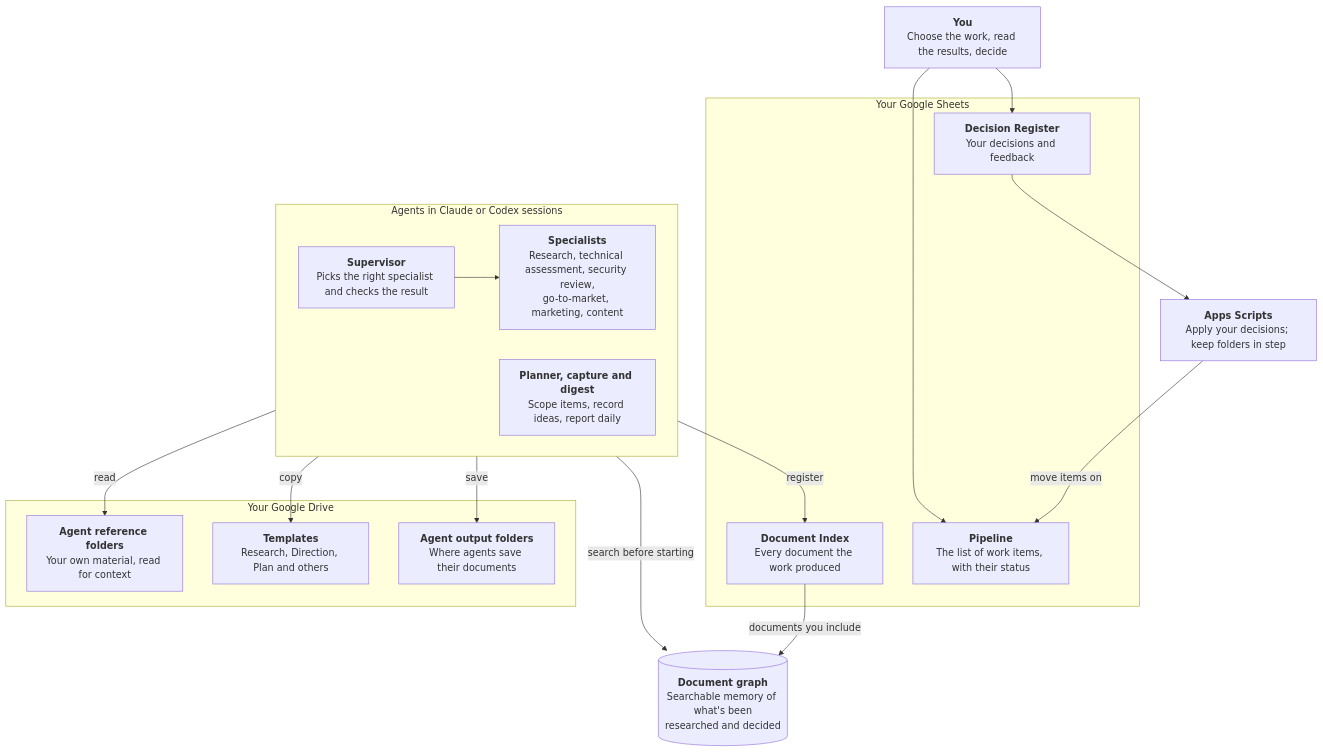
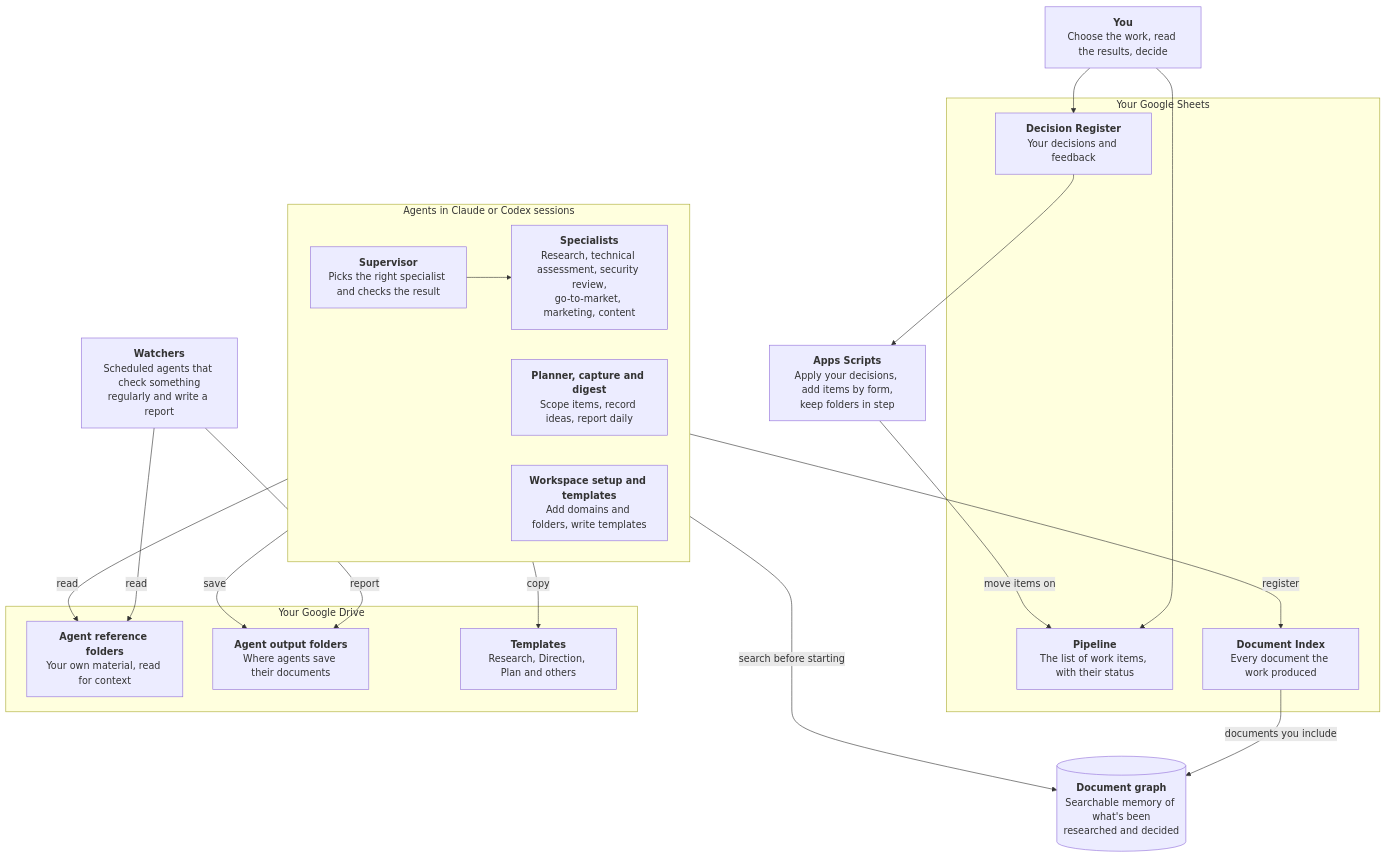
Before and after one commit to Welladino/Horology: the first of 2 diagrams in docs/runbook/setup/how-horology-works.md, drawn with Mermaid. The commit also changed other lines of this file and 7 other files, not shown here.

First line of the commit message:
Watchers: horology-watcher-setup skill and setup runbook updates

````diff
--- a/docs/runbook/setup/how-horology-works.md
+++ b/docs/runbook/setup/how-horology-works.md
@@ -7,32 +7,36 @@
 ```mermaid
 flowchart TB
   you["<b>You</b><br/>Choose the work, read the results, decide"]
   subgraph sheets["Your Google Sheets"]
     pipeline["<b>Pipeline</b><br/>The list of work items, with their status"]
     decisions["<b>Decision Register</b><br/>Your decisions and feedback"]
     index["<b>Document Index</b><br/>Every document the work produced"]
   end
   subgraph drive["Your Google Drive"]
     reference["<b>Agent reference folders</b><br/>Your own material, read for context"]
     output["<b>Agent output folders</b><br/>Where agents save their documents"]
     templates["<b>Templates</b><br/>Research, Direction, Plan and others"]
   end
   subgraph agents["Agents in Claude or Codex sessions"]
     supervisor["<b>Supervisor</b><br/>Picks the right specialist and checks the result"]
     specialists["<b>Specialists</b><br/>Research, technical assessment, security review,<br/>go-to-market, marketing, content"]
     helpers["<b>Planner, capture and digest</b><br/>Scope items, record ideas, report daily"]
+    setup["<b>Workspace setup and templates</b><br/>Add domains and folders, write templates"]
   end
+  watchers["<b>Watchers</b><br/>Scheduled agents that check something<br/>regularly and write a report"]
   dg[("<b>Document graph</b><br/>Searchable memory of what's been<br/>researched and decided")]
-  scripts["<b>Apps Scripts</b><br/>Apply your decisions; keep folders in step"]
+  scripts["<b>Apps Scripts</b><br/>Apply your decisions, add items by form,<br/>keep folders in step"]
   you --> pipeline
   you --> decisions
   supervisor --> specialists
   agents -- "read" --> reference
   agents -- "copy" --> templates
   agents -- "save" --> output
   agents -- "register" --> index
   agents -- "search before starting" --> dg
   index -- "documents you include" --> dg
+  watchers -- "read" --> reference
+  watchers -- "report" --> output
   scripts -- "move items on" --> pipeline
   decisions --> scripts
 ```
````
